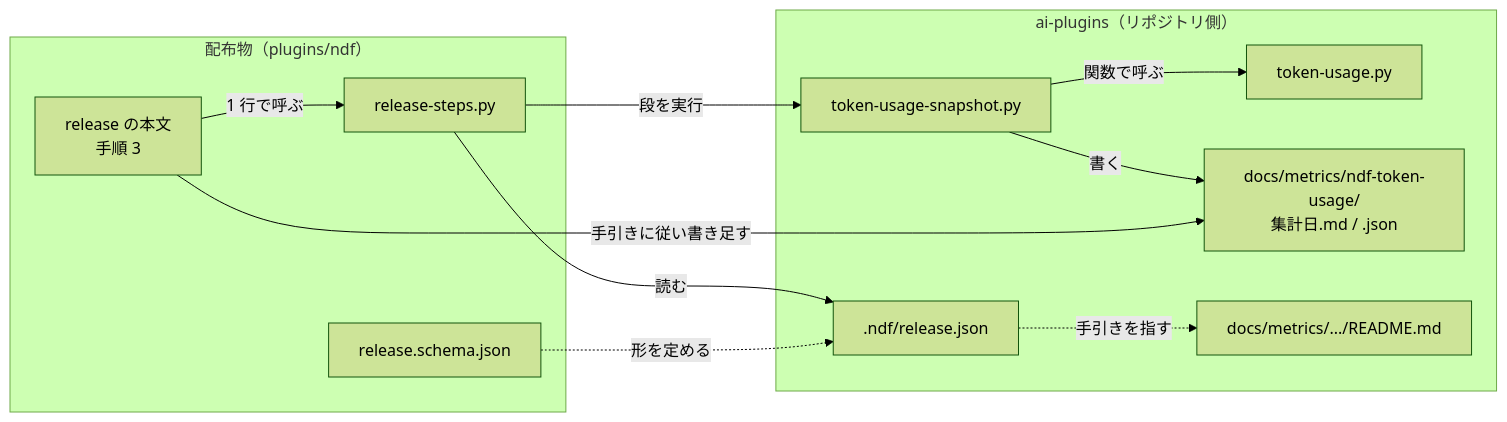
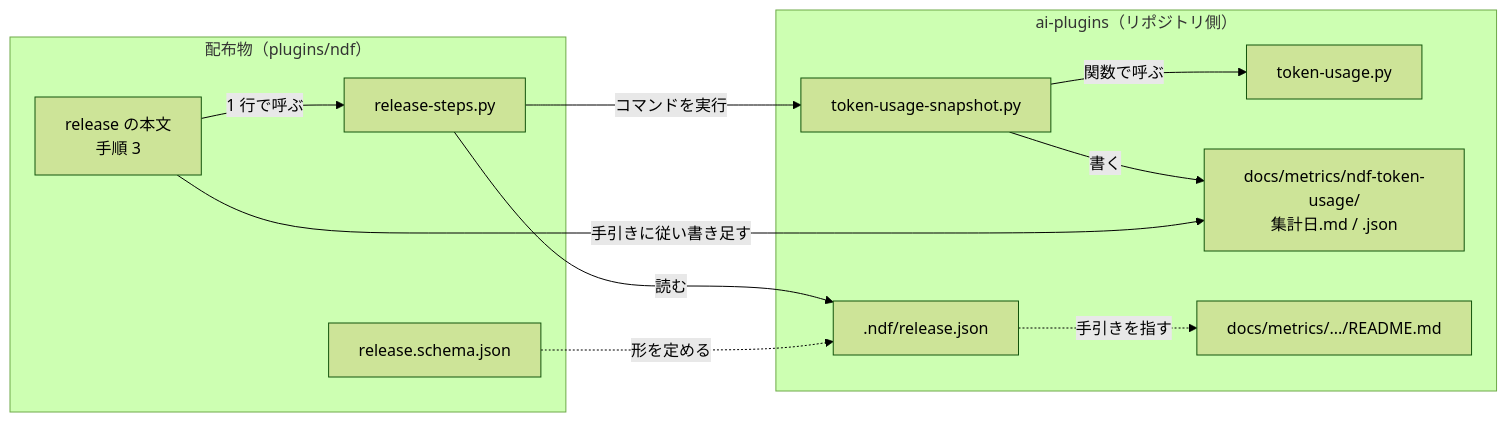
One commit to devbasex/ai-plugins changed the first of 2 diagrams in docs/specifications/ndf-release-steps-and-token-usage-snapshot.md. Above: the diagram before and after it, drawn with Mermaid (forest theme). The commit also changed other lines of this file and 47 other files, not shown here.

````diff
--- a/docs/specifications/ndf-release-steps-and-token-usage-snapshot.md
+++ b/docs/specifications/ndf-release-steps-and-token-usage-snapshot.md
@@ -70,23 +70,23 @@
 ```mermaid
 graph LR
     subgraph ndf["配布物（plugins/ndf）"]
         SK["release の本文<br/>手順 3"]
         RS["release-steps.py"]
         SC["release.schema.json"]
     end
     subgraph repo["ai-plugins（リポジトリ側）"]
         DECL[".ndf/release.json"]
         SNAP["token-usage-snapshot.py"]
         TU["token-usage.py"]
         OUT["docs/metrics/ndf-token-usage/<br/>集計日.md / .json"]
         GUIDE["docs/metrics/.../README.md"]
     end
     SK -->|1 行で呼ぶ| RS
     RS -->|読む| DECL
     SC -.->|形を定める| DECL
-    RS -->|段を実行| SNAP
+    RS -->|コマンドを実行| SNAP
     SNAP -->|関数で呼ぶ| TU
     SNAP -->|書く| OUT
     DECL -.->|手引きを指す| GUIDE
     SK -->|手引きに従い書き足す| OUT
 ```
````
